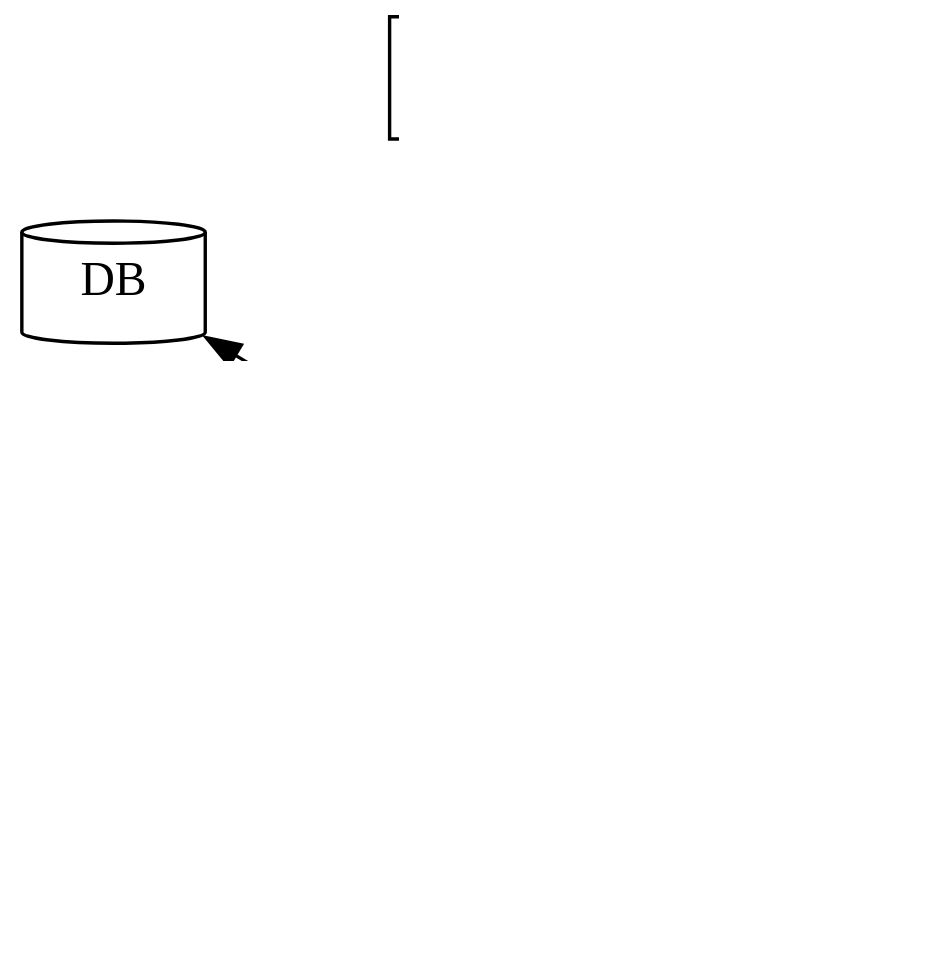
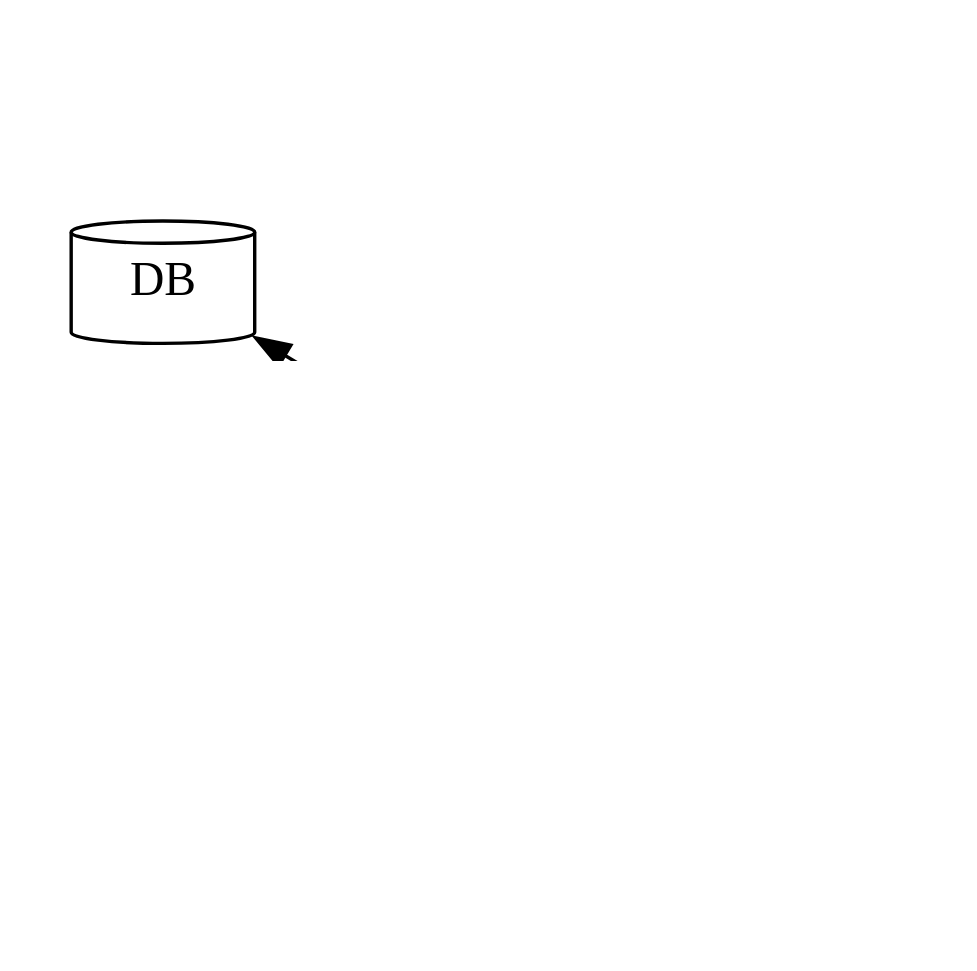
Before and after one commit to inponomarev/mocks-talk: the seventh of 22 diagrams in src/main/asciidoc/lecture-en.adoc, drawn with Graphviz. The commit also changed other lines of this file, not shown here.

```diff
--- a/src/main/asciidoc/lecture-en.adoc
+++ b/src/main/asciidoc/lecture-en.adoc
@@ -278,24 +278,24 @@
 [graphviz]
 ----
 digraph G {
   graph [dpi = 200];
 scale=1.5;
   layout="neato";
   node[shape=box];
   SUT[label="System\nUnder\nTest"];
 
   SUT->IS;
   SUT->ES;
   SUT->DB;
   SUT->Queue;
   SUT->Q1;
   SUT->Q2;
 
   DB[shape=cylinder];
   Queue[label="Message\nbroker", shape=cylinder];
   IS[label="Own\nService"]
   ES[label="External\nService", style="filled"; fillcolor="#ffffcc"]
-  Q1[label="???"]
-  Q2[label="???"]
+  Q1[label="Redis"]
+  Q2[label="Cloud\nDatabase"]
 }
 ----
```
